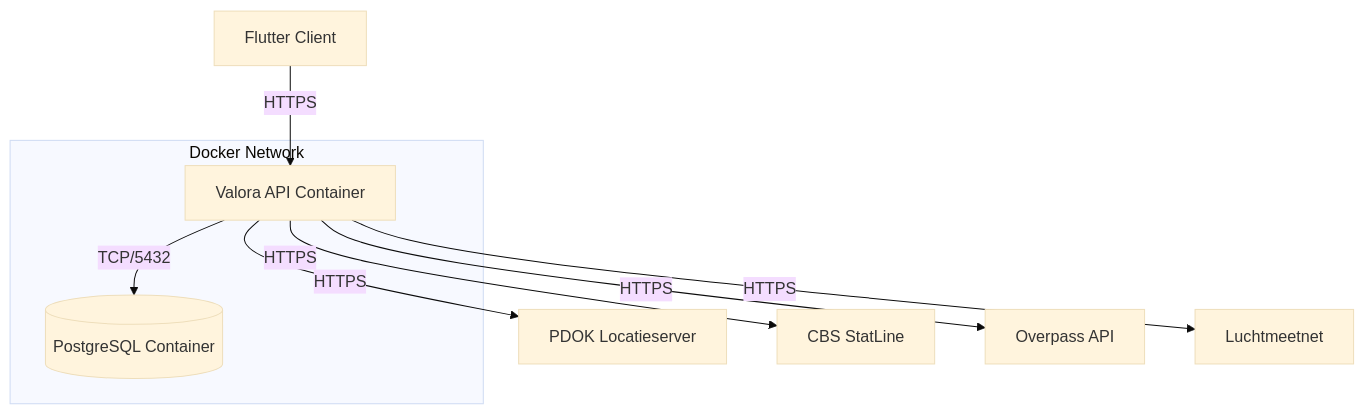
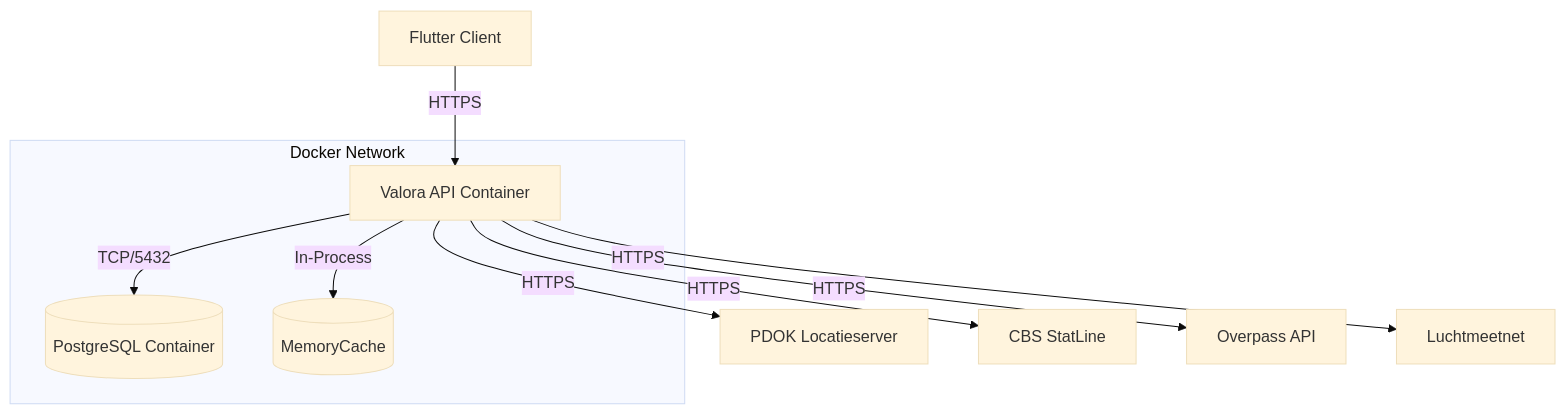
Before and after one commit to YKDBontekoe/valora: the second of 2 diagrams in docs/architecture.md, drawn with Mermaid (base theme). The commit also changed other lines of this file and 3 other files, not shown here.

First line of the commit message:
feat(docs): resolve PR feedback and correct architecture details

````diff
--- a/docs/architecture.md
+++ b/docs/architecture.md
@@ -63,15 +63,17 @@
 ```mermaid
 graph TD
     Client[Flutter Client] -->|HTTPS| API[Valora API Container]
     API -->|TCP/5432| DB[(PostgreSQL Container)]
+    API -->|In-Process| Cache[(MemoryCache)]
 
     subgraph "Docker Network"
         API
+        Cache
         DB
     end
 
     API -->|HTTPS| PDOK[PDOK Locatieserver]
     API -->|HTTPS| CBS[CBS StatLine]
     API -->|HTTPS| OSM[Overpass API]
     API -->|HTTPS| AIR[Luchtmeetnet]
 ```
````
